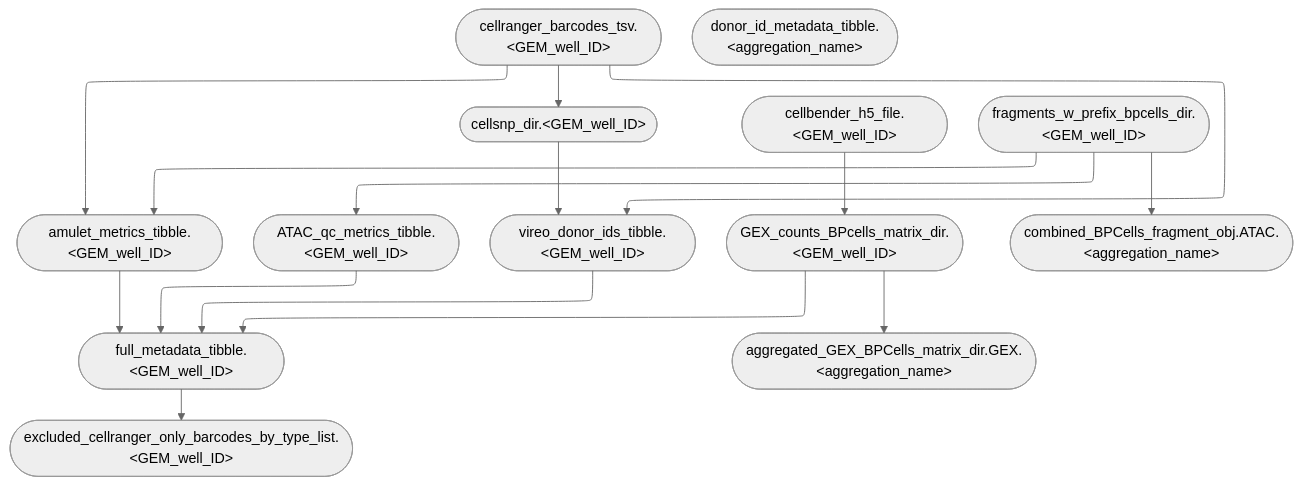
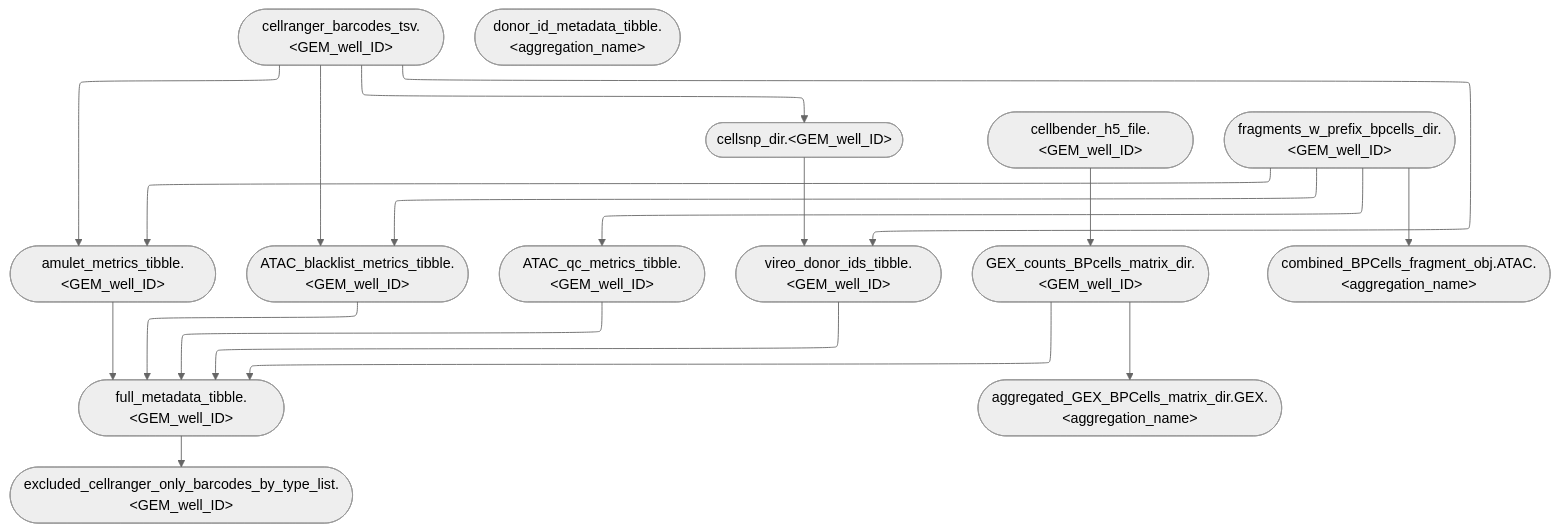
One commit to koefoeden/multiomeR changed the diagram in website/figures/human_curated/parallel_v2.mmd. Above: the diagram before and after it, drawn with Mermaid (neutral theme). The commit also changed 6 other files, not shown here.

First line of the commit message:
Refresh the manual's demo outputs and graphs for fragment counting

```diff
--- a/website/figures/human_curated/parallel_v2.mmd
+++ b/website/figures/human_curated/parallel_v2.mmd
@@ -1,17 +1,20 @@
 %%{init: {'flowchart': {'defaultRenderer': 'elk'}}}%%
 flowchart TB
-  cellranger_barcodes_tsv.ENCSR245BNT(["cellranger_barcodes_tsv.&lt;GEM_well_ID&gt;"]):::none --> amulet_metrics_tibble.ENCSR245BNT(["amulet_metrics_tibble.&lt;GEM_well_ID&gt;"]):::none
-  cellranger_barcodes_tsv.ENCSR245BNT(["cellranger_barcodes_tsv.&lt;GEM_well_ID&gt;"]):::none --> cellsnp_dir.ENCSR245BNT(["cellsnp_dir.&lt;GEM_well_ID&gt;"]):::none
-  full_metadata_tibble.ENCSR245BNT(["full_metadata_tibble.&lt;GEM_well_ID&gt;"]):::none --> excluded_cellranger_only_barcodes_by_type_list.ENCSR245BNT(["excluded_cellranger_only_barcodes_by_type_list.&lt;GEM_well_ID&gt;"]):::none
-  ATAC_qc_metrics_tibble.ENCSR245BNT(["ATAC_qc_metrics_tibble.&lt;GEM_well_ID&gt;"]):::none --> full_metadata_tibble.ENCSR245BNT(["full_metadata_tibble.&lt;GEM_well_ID&gt;"]):::none
-  amulet_metrics_tibble.ENCSR245BNT(["amulet_metrics_tibble.&lt;GEM_well_ID&gt;"]):::none --> full_metadata_tibble.ENCSR245BNT(["full_metadata_tibble.&lt;GEM_well_ID&gt;"]):::none
-  vireo_donor_ids_tibble.ENCSR245BNT(["vireo_donor_ids_tibble.&lt;GEM_well_ID&gt;"]):::none --> full_metadata_tibble.ENCSR245BNT(["full_metadata_tibble.&lt;GEM_well_ID&gt;"]):::none
-  cellbender_h5_file.ENCSR245BNT(["cellbender_h5_file.&lt;GEM_well_ID&gt;"]):::none --> GEX_counts_BPcells_matrix_dir.ENCSR245BNT(["GEX_counts_BPcells_matrix_dir.&lt;GEM_well_ID&gt;"]):::none
-  cellsnp_dir.ENCSR245BNT(["cellsnp_dir.&lt;GEM_well_ID&gt;"]):::none --> vireo_donor_ids_tibble.ENCSR245BNT(["vireo_donor_ids_tibble.&lt;GEM_well_ID&gt;"]):::none
-  cellranger_barcodes_tsv.ENCSR245BNT(["cellranger_barcodes_tsv.&lt;GEM_well_ID&gt;"]):::none --> vireo_donor_ids_tibble.ENCSR245BNT(["vireo_donor_ids_tibble.&lt;GEM_well_ID&gt;"]):::none
-  fragments_w_prefix_bpcells_dir.ENCSR245BNT(["fragments_w_prefix_bpcells_dir.&lt;GEM_well_ID&gt;"]):::none --> amulet_metrics_tibble.ENCSR245BNT(["amulet_metrics_tibble.&lt;GEM_well_ID&gt;"]):::none
-  fragments_w_prefix_bpcells_dir.ENCSR245BNT(["fragments_w_prefix_bpcells_dir.&lt;GEM_well_ID&gt;"]):::none --> ATAC_qc_metrics_tibble.ENCSR245BNT(["ATAC_qc_metrics_tibble.&lt;GEM_well_ID&gt;"]):::none
-  fragments_w_prefix_bpcells_dir.ENCSR245BNT(["fragments_w_prefix_bpcells_dir.&lt;GEM_well_ID&gt;"]):::none --> combined_BPCells_fragment_obj.ATAC.ENCODE_heart_LV_6x(["combined_BPCells_fragment_obj.ATAC.&lt;aggregation_name&gt;"]):::none
-  GEX_counts_BPcells_matrix_dir.ENCSR245BNT(["GEX_counts_BPcells_matrix_dir.&lt;GEM_well_ID&gt;"]):::none --> full_metadata_tibble.ENCSR245BNT(["full_metadata_tibble.&lt;GEM_well_ID&gt;"]):::none
-  GEX_counts_BPcells_matrix_dir.ENCSR245BNT(["GEX_counts_BPcells_matrix_dir.&lt;GEM_well_ID&gt;"]):::none --> aggregated_GEX_BPCells_matrix_dir.GEX.ENCODE_heart_LV_6x(["aggregated_GEX_BPCells_matrix_dir.GEX.&lt;aggregation_name&gt;"]):::none
+  cellranger_barcodes_tsv.controller_PBMC_human(["cellranger_barcodes_tsv.&lt;GEM_well_ID&gt;"]):::none --> amulet_metrics_tibble.controller_PBMC_human(["amulet_metrics_tibble.&lt;GEM_well_ID&gt;"]):::none
+  cellranger_barcodes_tsv.controller_PBMC_human(["cellranger_barcodes_tsv.&lt;GEM_well_ID&gt;"]):::none --> ATAC_blacklist_metrics_tibble.controller_PBMC_human(["ATAC_blacklist_metrics_tibble.&lt;GEM_well_ID&gt;"]):::none
+  cellranger_barcodes_tsv.controller_PBMC_human(["cellranger_barcodes_tsv.&lt;GEM_well_ID&gt;"]):::none --> cellsnp_dir.controller_PBMC_human(["cellsnp_dir.&lt;GEM_well_ID&gt;"]):::none
+  full_metadata_tibble.controller_PBMC_human(["full_metadata_tibble.&lt;GEM_well_ID&gt;"]):::none --> excluded_cellranger_only_barcodes_by_type_list.controller_PBMC_human(["excluded_cellranger_only_barcodes_by_type_list.&lt;GEM_well_ID&gt;"]):::none
+  ATAC_blacklist_metrics_tibble.controller_PBMC_human(["ATAC_blacklist_metrics_tibble.&lt;GEM_well_ID&gt;"]):::none --> full_metadata_tibble.controller_PBMC_human(["full_metadata_tibble.&lt;GEM_well_ID&gt;"]):::none
+  ATAC_qc_metrics_tibble.controller_PBMC_human(["ATAC_qc_metrics_tibble.&lt;GEM_well_ID&gt;"]):::none --> full_metadata_tibble.controller_PBMC_human(["full_metadata_tibble.&lt;GEM_well_ID&gt;"]):::none
+  vireo_donor_ids_tibble.controller_PBMC_human(["vireo_donor_ids_tibble.&lt;GEM_well_ID&gt;"]):::none --> full_metadata_tibble.controller_PBMC_human(["full_metadata_tibble.&lt;GEM_well_ID&gt;"]):::none
+  amulet_metrics_tibble.controller_PBMC_human(["amulet_metrics_tibble.&lt;GEM_well_ID&gt;"]):::none --> full_metadata_tibble.controller_PBMC_human(["full_metadata_tibble.&lt;GEM_well_ID&gt;"]):::none
+  cellbender_h5_file.controller_PBMC_human(["cellbender_h5_file.&lt;GEM_well_ID&gt;"]):::none --> GEX_counts_BPcells_matrix_dir.controller_PBMC_human(["GEX_counts_BPcells_matrix_dir.&lt;GEM_well_ID&gt;"]):::none
+  cellsnp_dir.controller_PBMC_human(["cellsnp_dir.&lt;GEM_well_ID&gt;"]):::none --> vireo_donor_ids_tibble.controller_PBMC_human(["vireo_donor_ids_tibble.&lt;GEM_well_ID&gt;"]):::none
+  cellranger_barcodes_tsv.controller_PBMC_human(["cellranger_barcodes_tsv.&lt;GEM_well_ID&gt;"]):::none --> vireo_donor_ids_tibble.controller_PBMC_human(["vireo_donor_ids_tibble.&lt;GEM_well_ID&gt;"]):::none
+  fragments_w_prefix_bpcells_dir.controller_PBMC_human(["fragments_w_prefix_bpcells_dir.&lt;GEM_well_ID&gt;"]):::none --> amulet_metrics_tibble.controller_PBMC_human(["amulet_metrics_tibble.&lt;GEM_well_ID&gt;"]):::none
+  fragments_w_prefix_bpcells_dir.controller_PBMC_human(["fragments_w_prefix_bpcells_dir.&lt;GEM_well_ID&gt;"]):::none --> ATAC_blacklist_metrics_tibble.controller_PBMC_human(["ATAC_blacklist_metrics_tibble.&lt;GEM_well_ID&gt;"]):::none
+  fragments_w_prefix_bpcells_dir.controller_PBMC_human(["fragments_w_prefix_bpcells_dir.&lt;GEM_well_ID&gt;"]):::none --> ATAC_qc_metrics_tibble.controller_PBMC_human(["ATAC_qc_metrics_tibble.&lt;GEM_well_ID&gt;"]):::none
+  fragments_w_prefix_bpcells_dir.controller_PBMC_human(["fragments_w_prefix_bpcells_dir.&lt;GEM_well_ID&gt;"]):::none --> combined_BPCells_fragment_obj.ATAC.ENCODE_heart_LV_6x(["combined_BPCells_fragment_obj.ATAC.&lt;aggregation_name&gt;"]):::none
+  GEX_counts_BPcells_matrix_dir.controller_PBMC_human(["GEX_counts_BPcells_matrix_dir.&lt;GEM_well_ID&gt;"]):::none --> full_metadata_tibble.controller_PBMC_human(["full_metadata_tibble.&lt;GEM_well_ID&gt;"]):::none
+  GEX_counts_BPcells_matrix_dir.controller_PBMC_human(["GEX_counts_BPcells_matrix_dir.&lt;GEM_well_ID&gt;"]):::none --> aggregated_GEX_BPCells_matrix_dir.GEX.ENCODE_heart_LV_6x(["aggregated_GEX_BPCells_matrix_dir.GEX.&lt;aggregation_name&gt;"]):::none
   donor_id_metadata_tibble.ENCODE_heart_LV_6x(["donor_id_metadata_tibble.&lt;aggregation_name&gt;"]):::none
```
